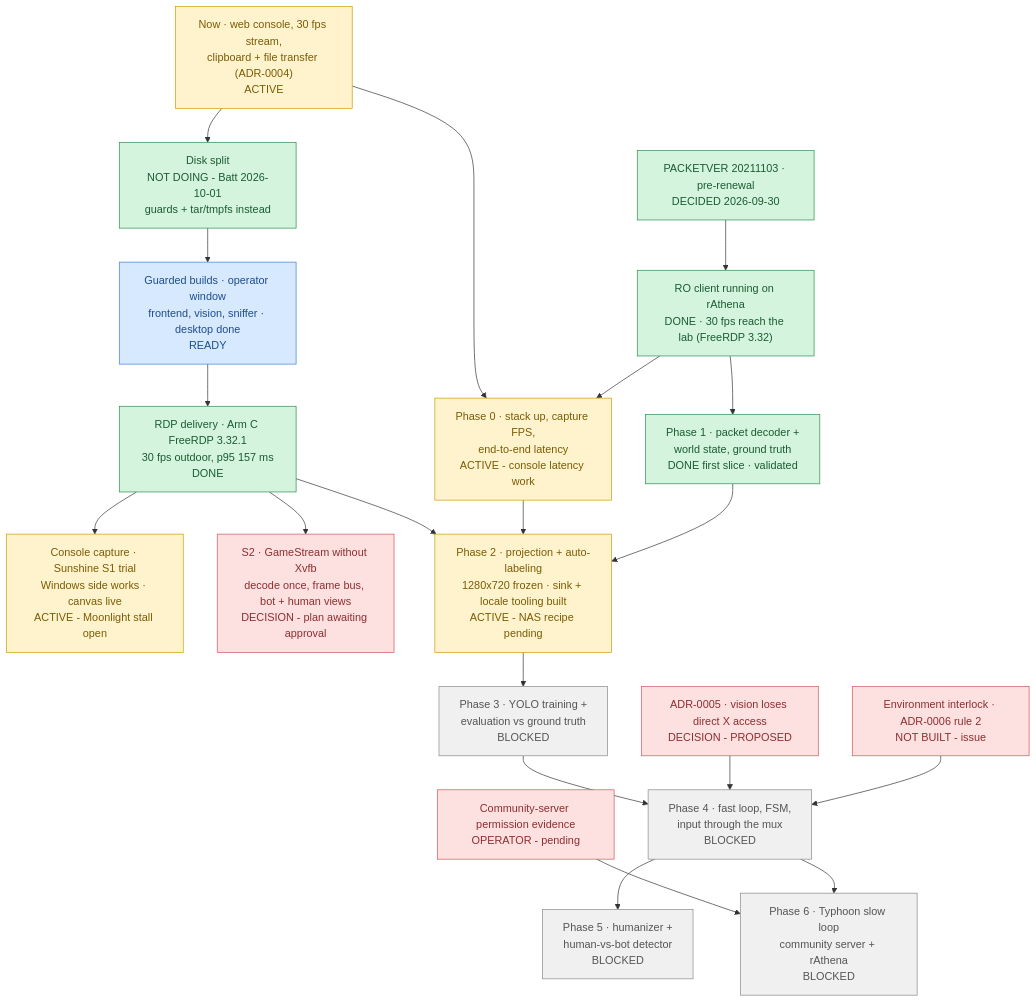
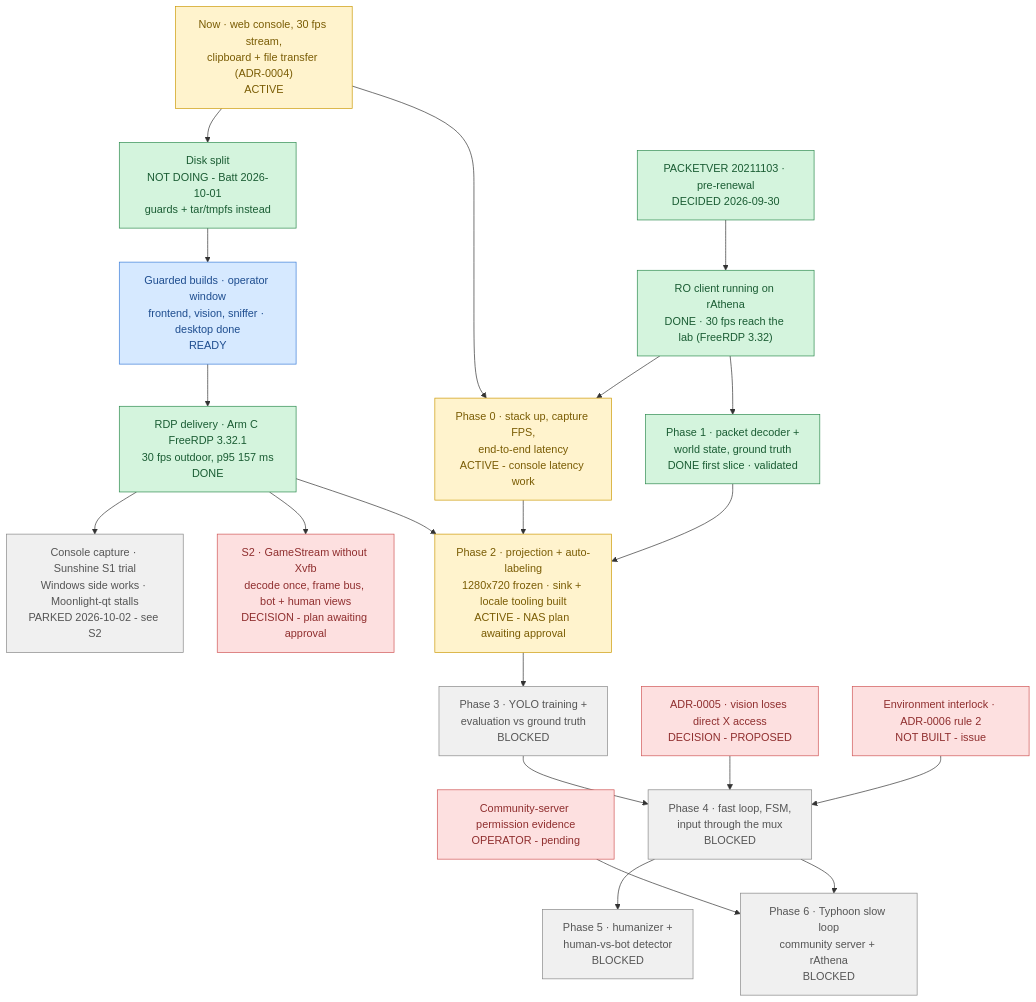
One commit to lumduan/poring-lab changed the diagram in docs/ROADMAP.md. Above: the diagram before and after it, drawn with Mermaid. The commit also changed other lines of this file and 9 other files, not shown here.

````diff
--- a/docs/ROADMAP.md
+++ b/docs/ROADMAP.md
@@ -11,52 +11,52 @@
 ```mermaid
 flowchart TD
     N1["Now · web console, 30 fps stream,<br/>clipboard + file transfer (ADR-0004)<br/>ACTIVE"]
     N2["Disk split<br/>NOT DOING - Batt 2026-10-01<br/>guards + tar/tmpfs instead"]
     N3["Guarded builds · operator window<br/>frontend, vision, sniffer · desktop done<br/>READY"]
     D1["PACKETVER 20211103 · pre-renewal<br/>DECIDED 2026-09-30"]
     S1["RO client running on rAthena<br/>DONE · 30 fps reach the lab (FreeRDP 3.32)"]
     D2["ADR-0005 · vision loses direct X access<br/>DECISION - PROPOSED"]
     D3["Environment interlock · ADR-0006 rule 2<br/>NOT BUILT - issue"]
     E1["Community-server permission evidence<br/>OPERATOR - pending"]
     P0["Phase 0 · stack up, capture FPS,<br/>end-to-end latency<br/>ACTIVE - console latency work"]
     P1["Phase 1 · packet decoder +<br/>world state, ground truth<br/>DONE first slice · validated"]
     H1["RDP delivery · Arm C FreeRDP 3.32.1<br/>30 fps outdoor, p95 157 ms<br/>DONE"]
-    C1["Console capture · Sunshine S1 trial<br/>Windows side works · canvas live<br/>ACTIVE - Moonlight stall open"]
+    C1["Console capture · Sunshine S1 trial<br/>Windows side works · Moonlight-qt stalls<br/>PARKED 2026-10-02 - see S2"]
     S2["S2 · GameStream without Xvfb<br/>decode once, frame bus, bot + human views<br/>DECISION - plan awaiting approval"]
-    P2["Phase 2 · projection + auto-labeling<br/>1280x720 frozen · sink + locale tooling built<br/>ACTIVE - NAS recipe pending"]
+    P2["Phase 2 · projection + auto-labeling<br/>1280x720 frozen · sink + locale tooling built<br/>ACTIVE - NAS plan awaiting approval"]
     P3["Phase 3 · YOLO training +<br/>evaluation vs ground truth<br/>BLOCKED"]
     P4["Phase 4 · fast loop, FSM,<br/>input through the mux<br/>BLOCKED"]
     P5["Phase 5 · humanizer +<br/>human-vs-bot detector<br/>BLOCKED"]
     P6["Phase 6 · Typhoon slow loop<br/>community server + rAthena<br/>BLOCKED"]
 
     N1 --> N2 --> N3
     N3 --> H1
     H1 --> C1
     H1 --> S2
     H1 --> P2
     D1 --> S1
     N1 --> P0
     S1 --> P0
     S1 --> P1
     P0 --> P2
     P1 --> P2
     P2 --> P3 --> P4
     D2 --> P4
     D3 --> P4
     E1 --> P6
     P4 --> P5
     P4 --> P6
 
     classDef done     fill:#d4f4dd,stroke:#2d8a4e,color:#1a5c33
     classDef active   fill:#fff3cd,stroke:#cc9a06,color:#7a5c04
     classDef ready    fill:#d6e9ff,stroke:#3b7dd8,color:#1e4d8f
     classDef blocked  fill:#f0f0f0,stroke:#888,color:#555
     classDef decision fill:#fde0e0,stroke:#d05555,color:#8f2e2e
     classDef goal     fill:#ede0fb,stroke:#8a5cd8,color:#4d2e8f
 
     class D1,S1,P1,N2,H1 done
-    class N1,P0,C1,P2 active
+    class N1,P0,P2 active
     class N3 ready
     class D2,D3,E1,S2 decision
-    class P3,P4,P5,P6 blocked
+    class P3,P4,P5,P6,C1 blocked
 ```
````
